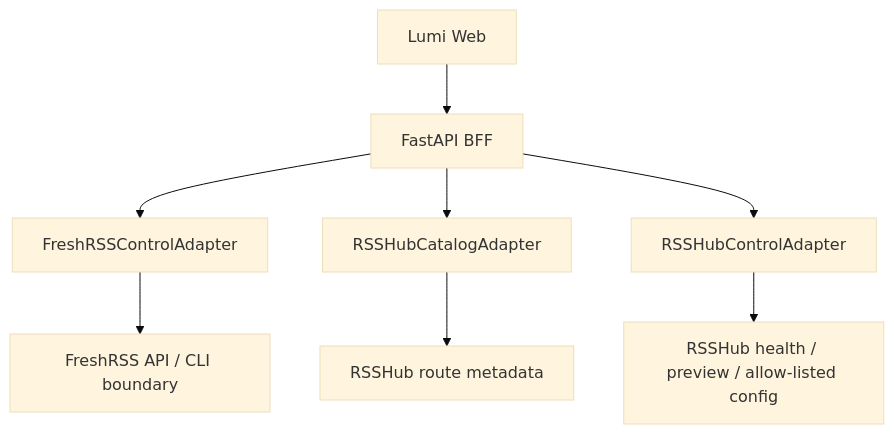
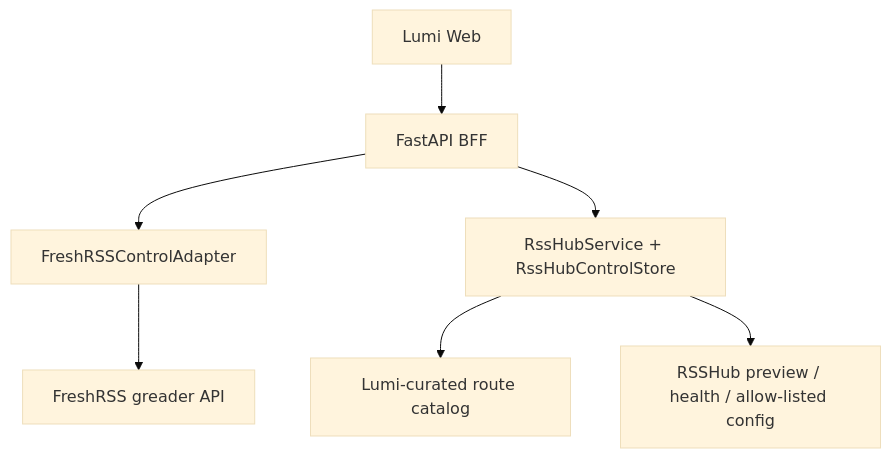
The second of 2 diagrams in docs/architecture/README.md (paidethon/LumiRSS), drawn with Mermaid (base theme) before and after one commit. The commit also changed other lines of this file, not shown here.

First line of the commit message:
docs: sync current architecture with repaired implementation

````diff
--- a/docs/architecture/README.md
+++ b/docs/architecture/README.md
@@ -107,11 +106,10 @@
 ```mermaid
 flowchart TD
     Web[Lumi Web] --> BFF[FastAPI BFF]
     BFF --> FSC[FreshRSSControlAdapter]
-    BFF --> RHC[RSSHubCatalogAdapter]
-    BFF --> RHS[RSSHubControlAdapter]
+    BFF --> RHS[RssHubService + RssHubControlStore]
 
-    FSC --> FreshRSS[FreshRSS API / CLI boundary]
-    RHC --> Catalog[RSSHub route metadata]
-    RHS --> RSSHub[RSSHub health / preview / allow-listed config]
+    FSC --> FreshRSS[FreshRSS greader API]
+    RHS --> Catalog[Lumi-curated route catalog]
+    RHS --> RSSHub[RSSHub preview / health / allow-listed config]
 ```
````
